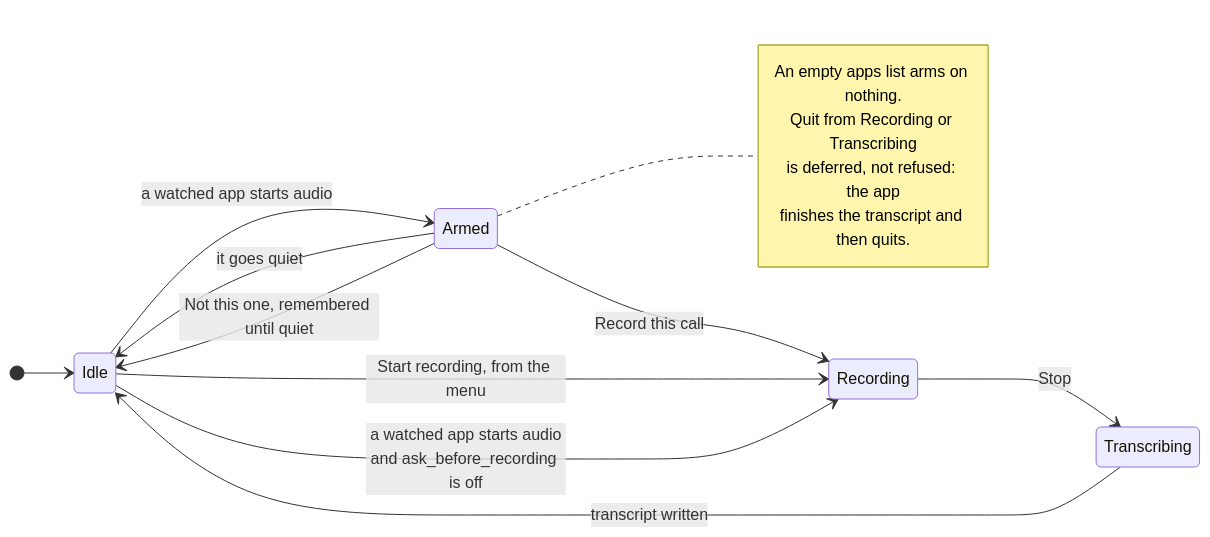
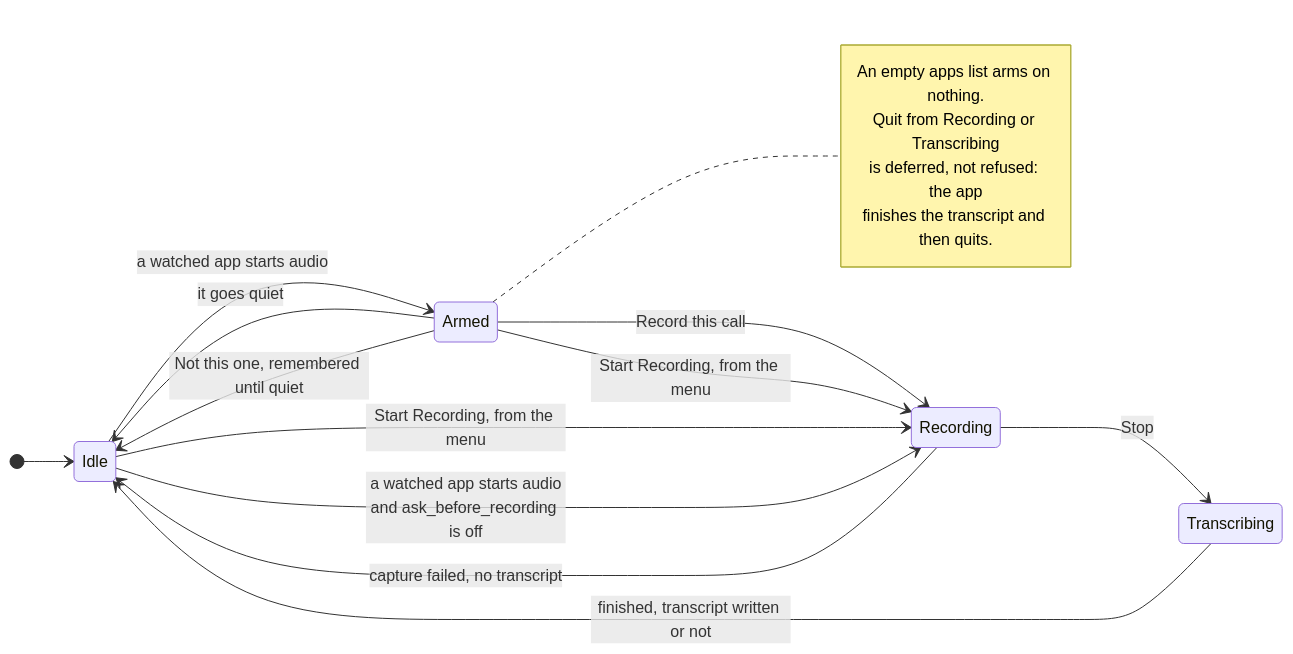
Before and after one commit to jasonm4130-labs/ambient: the diagram in docs/architecture/privacy.md, drawn with Mermaid. The commit also changed other lines of this file and 10 other files, not shown here.

````diff
--- a/docs/architecture/privacy.md
+++ b/docs/architecture/privacy.md
@@ -10,20 +10,22 @@
 ```mermaid
 stateDiagram-v2
     direction LR
     [*] --> Idle
     Idle --> Armed: a watched app starts audio
     Armed --> Recording: Record this call
     Armed --> Idle: it goes quiet
     Armed --> Idle: Not this one, remembered until quiet
-    Idle --> Recording: Start recording, from the menu
+    Armed --> Recording: Start Recording, from the menu
+    Idle --> Recording: Start Recording, from the menu
     Idle --> Recording: a watched app starts audio<br/>and ask_before_recording is off
     Recording --> Transcribing: Stop
-    Transcribing --> Idle: transcript written
+    Recording --> Idle: capture failed, no transcript
+    Transcribing --> Idle: finished, transcript written or not
 
     note right of Armed
         An empty apps list arms on nothing.
         Quit from Recording or Transcribing
         is deferred, not refused: the app
         finishes the transcript and then quits.
     end note
 ```
````
